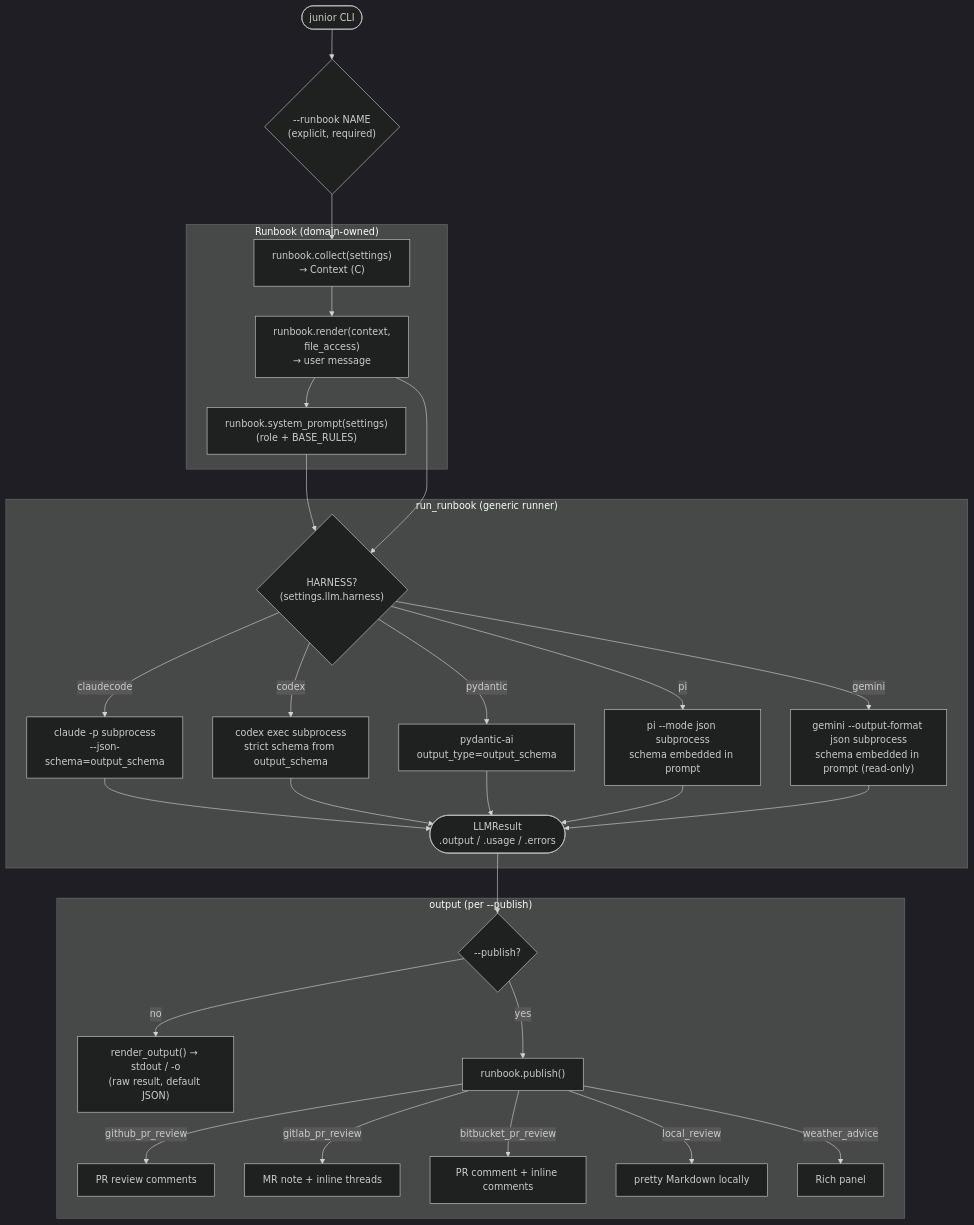
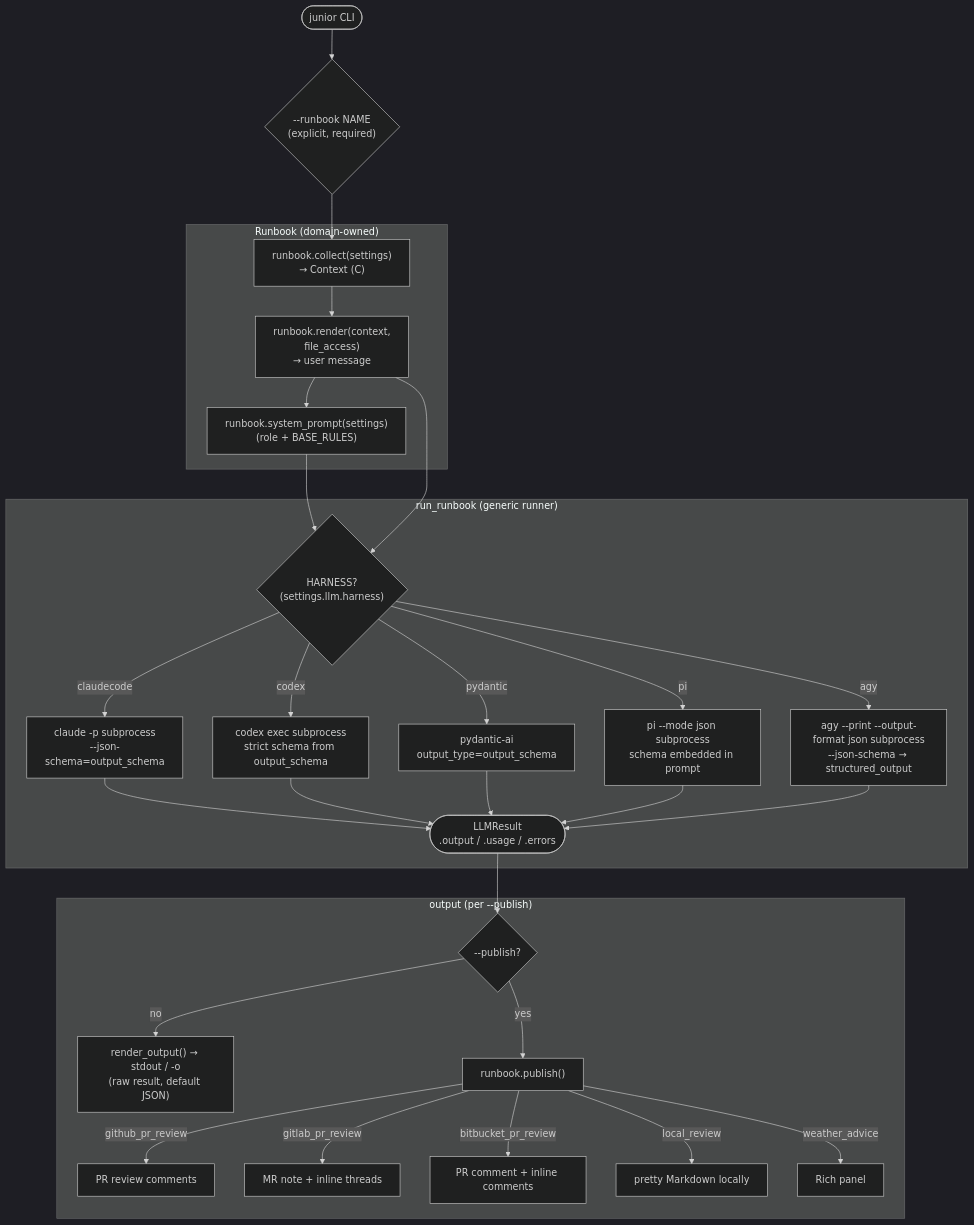
Before and after one commit to mishachepi/junior: the second of 2 diagrams in docs-site/src/content/docs/architecture.md, drawn with Mermaid (dark theme). The commit also changed other lines of this file and 21 other files, not shown here.

First line of the commit message:
feat!: agy (Antigravity CLI) harness replaces gemini

````diff
--- a/docs-site/src/content/docs/architecture.md
+++ b/docs-site/src/content/docs/architecture.md
@@ -48,36 +48,36 @@
 ```mermaid
 flowchart TD
     A([junior CLI]) --> SEL{"--runbook NAME\n(explicit, required)"}
     SEL --> B
 
     subgraph PL["Runbook (domain-owned)"]
         B["runbook.collect(settings)\n→ Context (C)"] --> R["runbook.render(context,\nfile_access)\n→ user message"]
         R --> SP["runbook.system_prompt(settings)\n(role + BASE_RULES)"]
     end
 
     SP --> ENG
     R --> ENG
 
     subgraph RUN["run_runbook (generic runner)"]
         ENG{"HARNESS?\n(settings.llm.harness)"}
         ENG -->|claudecode| Q2["claude -p subprocess\n--json-schema=output_schema"]
         ENG -->|codex| Q["codex exec subprocess\nstrict schema from output_schema"]
         ENG -->|pydantic| P["pydantic-ai\noutput_type=output_schema"]
         ENG -->|pi| PI["pi --mode json subprocess\nschema embedded in prompt"]
-        ENG -->|gemini| GM["gemini --output-format json subprocess\nschema embedded in prompt (read-only)"]
+        ENG -->|agy| GM["agy --print --output-format json subprocess\n--json-schema → structured_output"]
         Q2 & Q & P & PI & GM --> LR([LLMResult\n.output / .usage / .errors])
     end
 
     LR --> OUT
 
     subgraph PB["output (per --publish)"]
         OUT{"--publish?"}
         OUT -->|"no"| RAW["render_output() → stdout / -o\n(raw result, default JSON)"]
         OUT -->|"yes"| PUB["runbook.publish()"]
         PUB -->|github_pr_review| X[PR review comments]
         PUB -->|gitlab_pr_review| W[MR note + inline threads]
         PUB -->|bitbucket_pr_review| BB[PR comment + inline comments]
         PUB -->|local_review| MD[pretty Markdown locally]
         PUB -->|weather_advice| RICH[Rich panel]
     end
 ```
````
